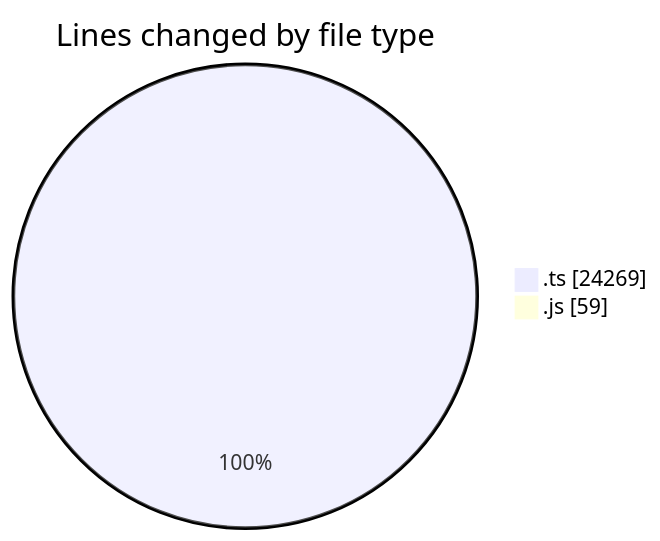
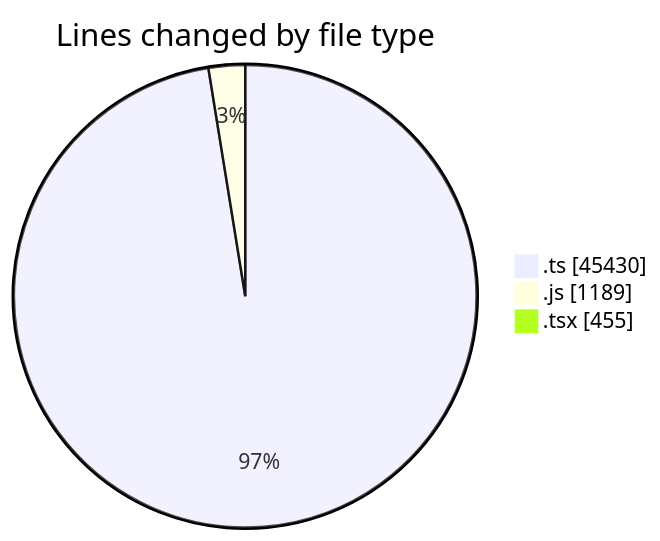
The first of 2 diagrams in 2026-11-03/cda/README.md (momahboobian/code-tracking), drawn with Mermaid before and after one commit. The commit also changed other lines of this file and 1 other file, not shown here.

````diff
--- a/2026-11-03/cda/README.md
+++ b/2026-11-03/cda/README.md
@@ -35,6 +40,7 @@
 ```mermaid
 pie showData
 title Lines changed by file type
-".ts" : 24269
-".js" : 59
+".ts" : 45430
+".js" : 1189
+".tsx" : 455
 ```
````
